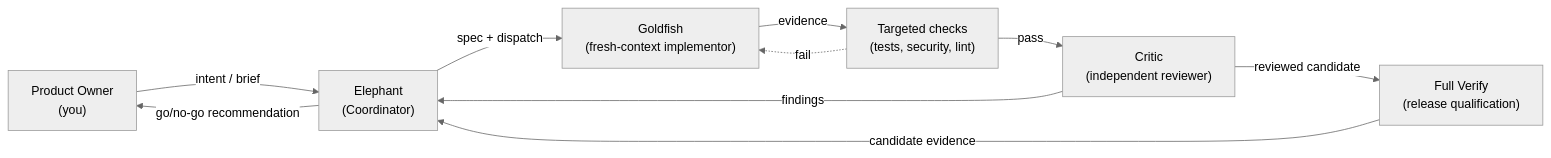
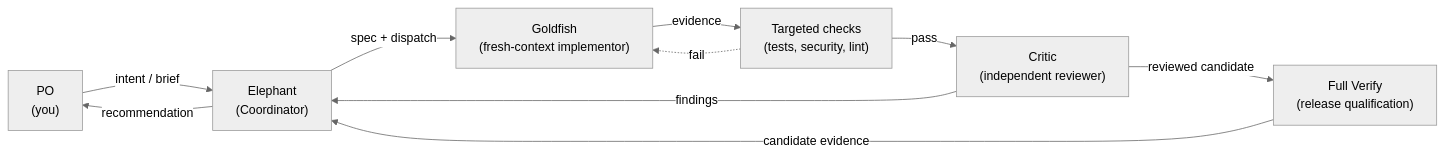
One commit to agent-pipe-shared/agent-pipeline changed the first of 2 diagrams in README.md. Above: the diagram before and after it, drawn with Mermaid (neutral theme). The commit also changed other lines of this file, not shown here.

````diff
--- a/README.md
+++ b/README.md
@@ -98,12 +109,12 @@
 ```mermaid
 flowchart LR
-    PO["Product Owner<br/>(you)"] -->|"intent / brief"| Elephant["Elephant<br/>(Coordinator)"]
+    PO["PO<br/>(you)"] -->|"intent / brief"| Elephant["Elephant<br/>(Coordinator)"]
     Elephant -->|"spec + dispatch"| Goldfish["Goldfish<br/>(fresh-context implementor)"]
     Goldfish -->|"evidence"| Gates["Targeted checks<br/>(tests, security, lint)"]
     Gates -.->|"fail"| Goldfish
     Gates -->|"pass"| Critic["Critic<br/>(independent reviewer)"]
     Critic -->|"findings"| Elephant
     Critic -->|"reviewed candidate"| FullVerify["Full Verify<br/>(release qualification)"]
     FullVerify -->|"candidate evidence"| Elephant
-    Elephant -->|"go/no-go recommendation"| PO
+    Elephant -->|"recommendation"| PO
 ```
````
